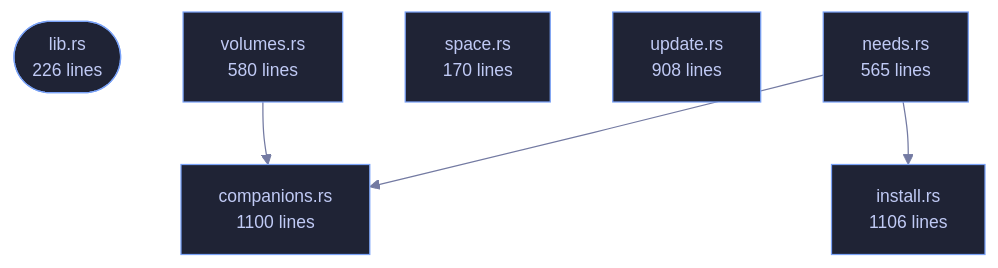
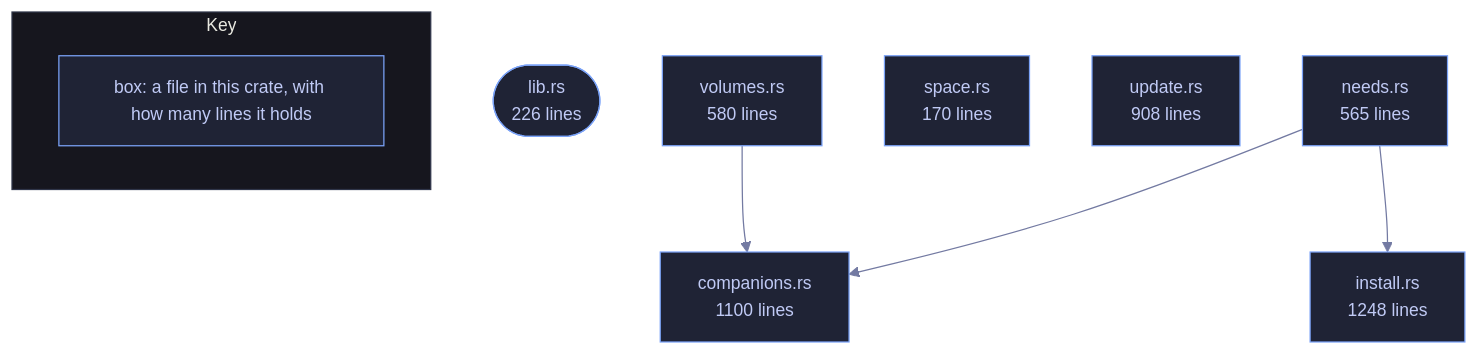
Before and after one commit to tilas01/veilvoice: the diagram in crates/veilvoice-setup/README.md, drawn with Mermaid. The commit also changed other lines of this file and 1510 other files, not shown here.

First line of the commit message:
Regenerate the documentation, wiki, site, graphs and measured numbers

````diff
--- a/crates/veilvoice-setup/README.md
+++ b/crates/veilvoice-setup/README.md
@@ -108,21 +108,25 @@
 ```mermaid
 %%{init: {"theme":"base","themeVariables":{"background":"#1a1b26","primaryColor":"#1f2335","primaryTextColor":"#c0caf5","primaryBorderColor":"#7aa2f7","secondaryColor":"#16161e","tertiaryColor":"#16161e","lineColor":"#737aa2","textColor":"#c0caf5","mainBkg":"#1f2335","nodeBorder":"#7aa2f7","clusterBkg":"#16161e","clusterBorder":"#2f3549","fontFamily":"ui-monospace, SFMono-Regular, Consolas, monospace","fontSize":"14px"}}}%%
 flowchart TD
     n_lib(["lib.rs<br/>226 lines"])
     n_companions["companions.rs<br/>1100 lines"]
-    n_install["install.rs<br/>1106 lines"]
+    n_install["install.rs<br/>1248 lines"]
     n_needs["needs.rs<br/>565 lines"]
     n_space["space.rs<br/>170 lines"]
     n_update["update.rs<br/>908 lines"]
     n_volumes["volumes.rs<br/>580 lines"]
     n_needs --> n_companions
     n_needs --> n_install
     n_volumes --> n_companions
     click n_lib href "https://github.com/tilas01/veilvoice/blob/main/crates/veilvoice-setup/src/lib.rs" "open the source"
     click n_companions href "https://github.com/tilas01/veilvoice/blob/main/crates/veilvoice-setup/src/companions.rs" "open the source"
     click n_install href "https://github.com/tilas01/veilvoice/blob/main/crates/veilvoice-setup/src/install.rs" "open the source"
     click n_needs href "https://github.com/tilas01/veilvoice/blob/main/crates/veilvoice-setup/src/needs.rs" "open the source"
     click n_space href "https://github.com/tilas01/veilvoice/blob/main/crates/veilvoice-setup/src/space.rs" "open the source"
     click n_update href "https://github.com/tilas01/veilvoice/blob/main/crates/veilvoice-setup/src/update.rs" "open the source"
     click n_volumes href "https://github.com/tilas01/veilvoice/blob/main/crates/veilvoice-setup/src/volumes.rs" "open the source"
+    subgraph chart_key ["Key"]
+        direction LR
+        key_box["box: a file in this crate, with how many lines it holds"]
+    end
 ```
````
